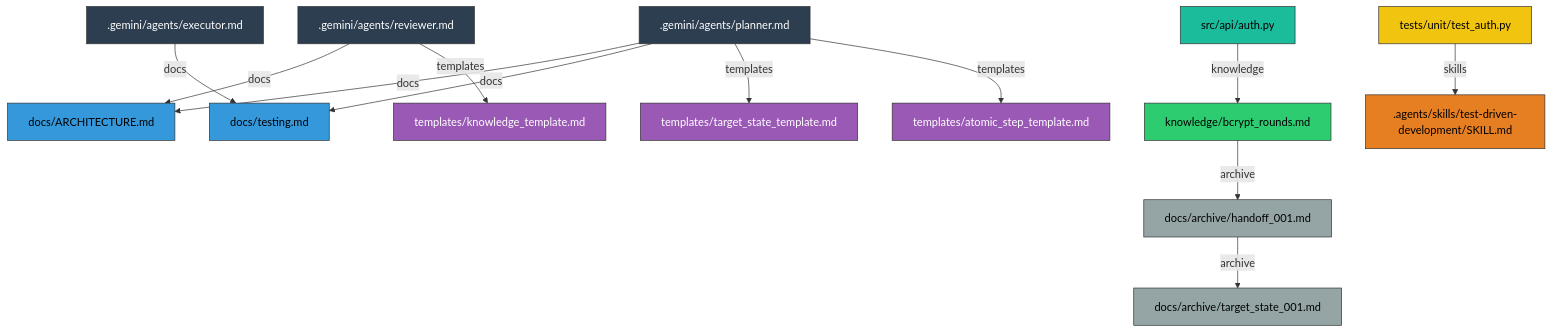
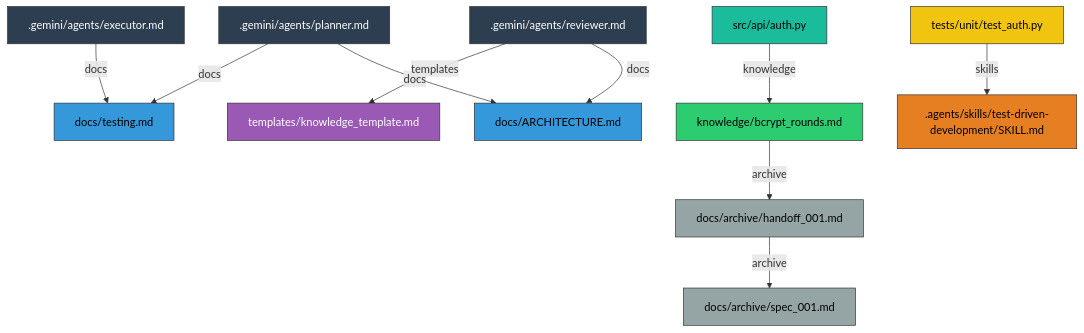
The diagram in docs/coretext-example/graph.md (coretexthq/coretext), drawn with Mermaid before and after one commit. The commit also changed 29 other files, not shown here.

````diff
--- a/docs/coretext-example/graph.md
+++ b/docs/coretext-example/graph.md
@@ -5,37 +5,33 @@
 ```mermaid
 graph TD
     classDef agents fill:#2c3e50,stroke:#333,stroke-width:1px,color:white;
     classDef skills fill:#e67e22,stroke:#333,stroke-width:1px,color:black;
     classDef docs fill:#3498db,stroke:#333,stroke-width:1px,color:black;
     classDef knowledge fill:#2ecc71,stroke:#333,stroke-width:1px,color:black;
     classDef templates fill:#9b59b6,stroke:#333,stroke-width:1px,color:white;
     classDef archive fill:#95a5a6,stroke:#333,stroke-width:1px,color:black;
     classDef coretext fill:#e74c3c,stroke:#333,stroke-width:1px,color:white;
     classDef src fill:#1abc9c,stroke:#333,stroke-width:1px,color:black;
     classDef tests fill:#f1c40f,stroke:#333,stroke-width:1px,color:black;
     _gemini_agents_planner_md[".gemini/agents/planner.md"] -->|docs| docs_ARCHITECTURE_md["docs/ARCHITECTURE.md"]
     _gemini_agents_planner_md[".gemini/agents/planner.md"] -->|docs| docs_testing_md["docs/testing.md"]
     _gemini_agents_executor_md[".gemini/agents/executor.md"] -->|docs| docs_testing_md["docs/testing.md"]
     _gemini_agents_reviewer_md[".gemini/agents/reviewer.md"] -->|docs| docs_ARCHITECTURE_md["docs/ARCHITECTURE.md"]
     src_api_auth_py["src/api/auth.py"] -->|knowledge| knowledge_bcrypt_rounds_md["knowledge/bcrypt_rounds.md"]
     _gemini_agents_reviewer_md[".gemini/agents/reviewer.md"] -->|templates| templates_knowledge_template_md["templates/knowledge_template.md"]
-    _gemini_agents_planner_md[".gemini/agents/planner.md"] -->|templates| templates_target_state_template_md["templates/target_state_template.md"]
-    _gemini_agents_planner_md[".gemini/agents/planner.md"] -->|templates| templates_atomic_step_template_md["templates/atomic_step_template.md"]
     knowledge_bcrypt_rounds_md["knowledge/bcrypt_rounds.md"] -->|archive| docs_archive_handoff_001_md["docs/archive/handoff_001.md"]
-    docs_archive_handoff_001_md["docs/archive/handoff_001.md"] -->|archive| docs_archive_target_state_001_md["docs/archive/target_state_001.md"]
+    docs_archive_handoff_001_md["docs/archive/handoff_001.md"] -->|archive| docs_archive_spec_001_md["docs/archive/spec_001.md"]
     tests_unit_test_auth_py["tests/unit/test_auth.py"] -->|skills| _agents_skills_test_driven_development_SKILL_md[".agents/skills/test-driven-development/SKILL.md"]
+    class knowledge_bcrypt_rounds_md knowledge
+    class _gemini_agents_reviewer_md agents
+    class tests_unit_test_auth_py tests
+    class _gemini_agents_executor_md agents
+    class docs_ARCHITECTURE_md docs
+    class _gemini_agents_planner_md agents
+    class docs_testing_md docs
+    class templates_knowledge_template_md templates
+    class docs_archive_spec_001_md archive
     class _agents_skills_test_driven_development_SKILL_md skills
-    class docs_testing_md docs
-    class docs_ARCHITECTURE_md docs
-    class templates_atomic_step_template_md templates
+    class src_api_auth_py src
     class docs_archive_handoff_001_md archive
-    class tests_unit_test_auth_py tests
-    class _gemini_agents_planner_md agents
-    class knowledge_bcrypt_rounds_md knowledge
-    class templates_knowledge_template_md templates
-    class templates_target_state_template_md templates
-    class _gemini_agents_executor_md agents
-    class docs_archive_target_state_001_md archive
-    class _gemini_agents_reviewer_md agents
-    class src_api_auth_py src
 ```
````
